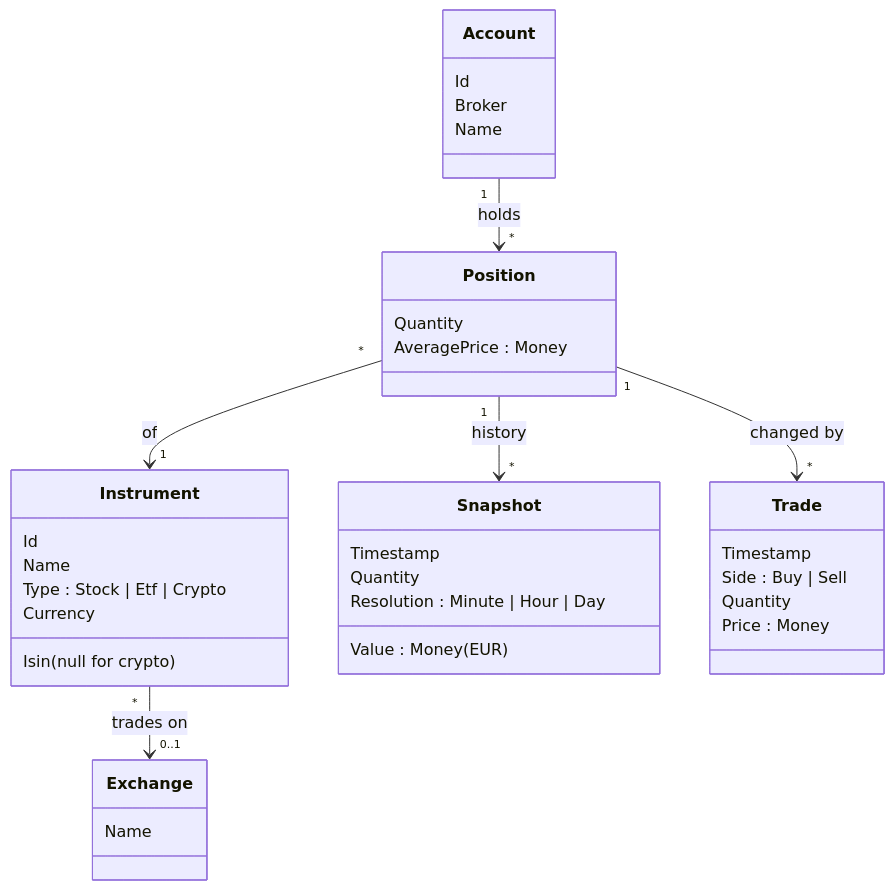
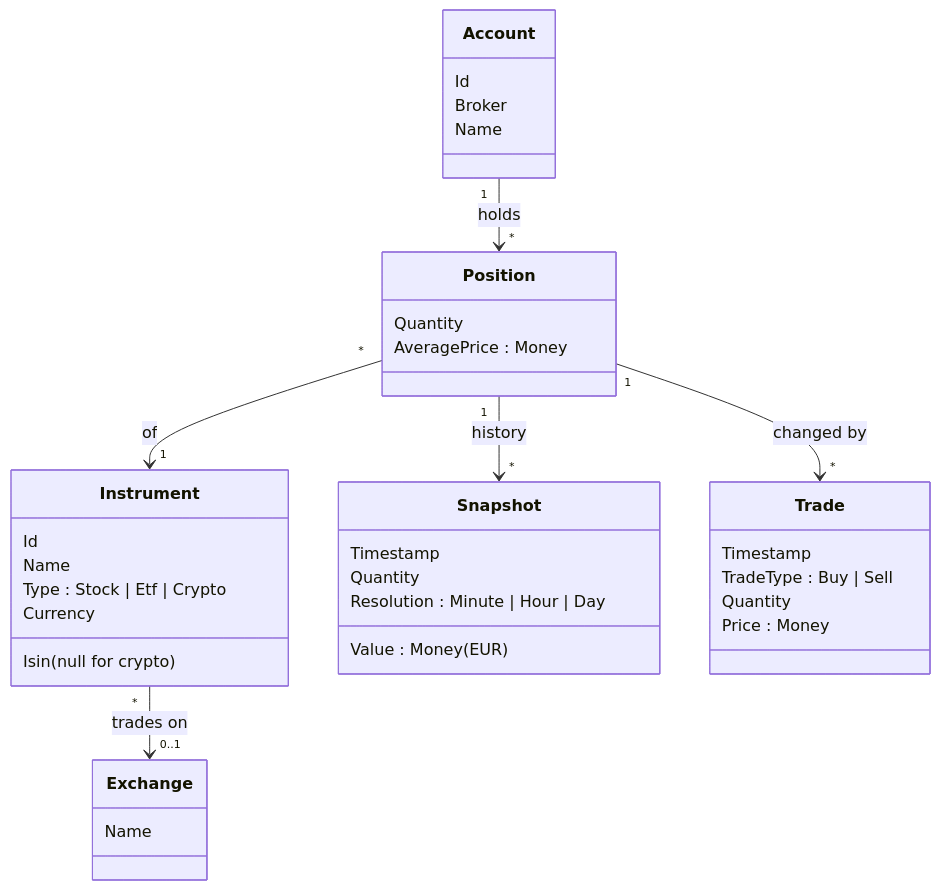
Before and after one commit to zye04/Ledgerly: the diagram in docs/domain-model.md, drawn with Mermaid. The commit also changed other lines of this file and 3 other files, not shown here.

````diff
--- a/docs/domain-model.md
+++ b/docs/domain-model.md
@@ -5,41 +5,41 @@
 ```mermaid
 classDiagram
     class Account {
         Id
         Broker
         Name
     }
     class Position {
         Quantity
         AveragePrice : Money
     }
     class Instrument {
         Id
         Isin (null for crypto)
         Name
         Type : Stock | Etf | Crypto
         Currency
     }
     class Exchange {
         Name
     }
     class Snapshot {
         Timestamp
         Quantity
         Value : Money (EUR)
         Resolution : Minute | Hour | Day
     }
 
     class Trade {
         Timestamp
-        Side : Buy | Sell
+        TradeType : Buy | Sell
         Quantity
         Price : Money
     }
 
     Account "1" --> "*" Position : holds
     Position "*" --> "1" Instrument : of
     Instrument "*" --> "0..1" Exchange : trades on
     Position "1" --> "*" Snapshot : history
     Position "1" --> "*" Trade : changed by
 ```
````
